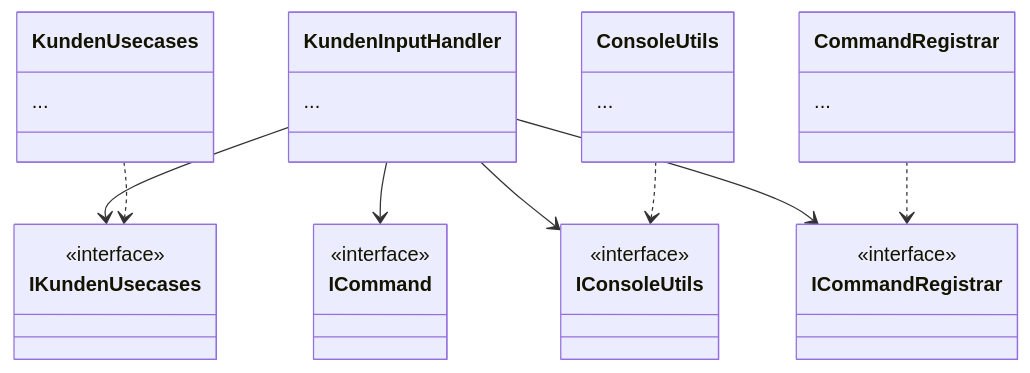
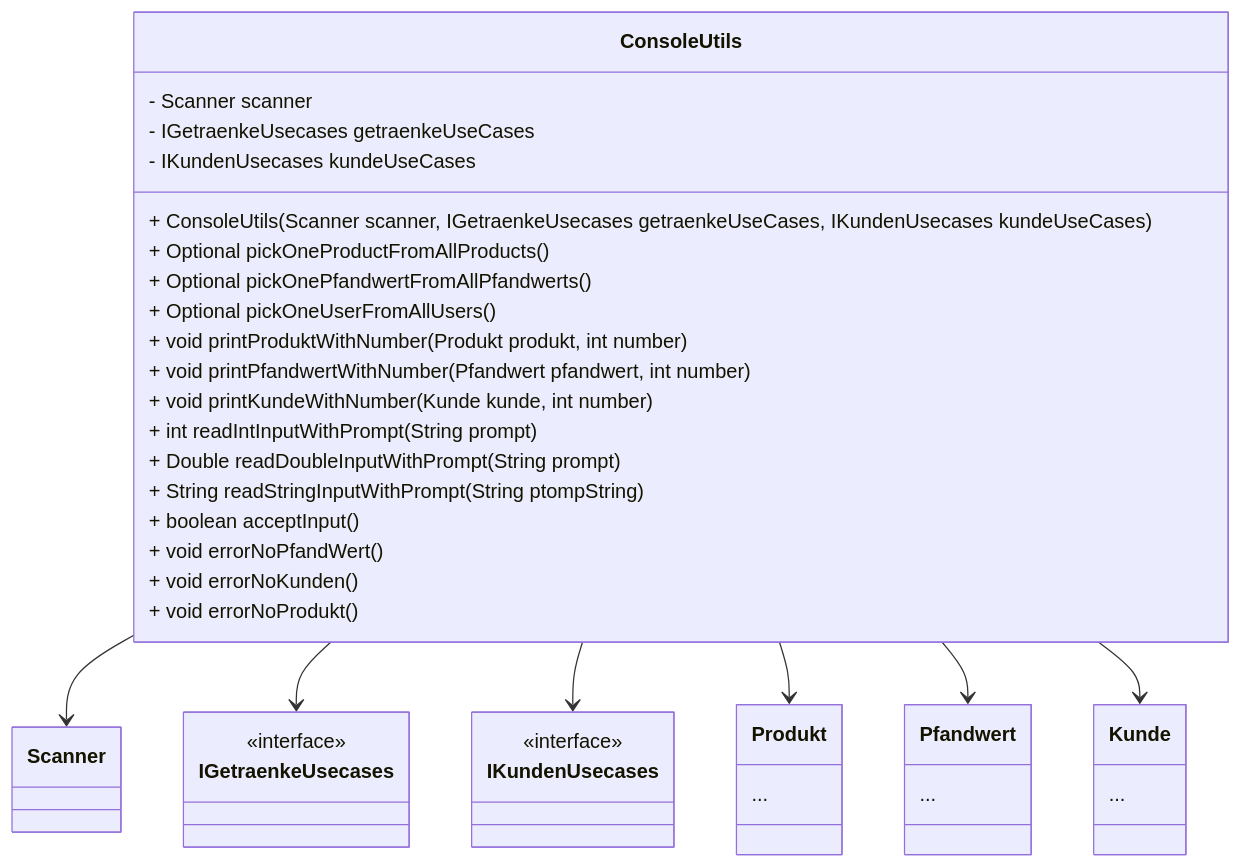
The fourth of 17 diagrams in README.md (Gamagu/ase_getraenke), drawn with Mermaid before and after one commit. The commit also changed other lines of this file, not shown here.

````diff
--- a/README.md
+++ b/README.md
@@ -233,26 +229,34 @@
-```mermaid 
+```mermaid
 	classDiagram 
+		class ConsoleUtils { 
+			- Scanner scanner 
+			- IGetraenkeUsecases getraenkeUseCases 
+			- IKundenUsecases kundeUseCases 
+			+ ConsoleUtils(Scanner scanner, IGetraenkeUsecases getraenkeUseCases, IKundenUsecases kundeUseCases) 
+			+ Optional<Produkt> pickOneProductFromAllProducts() 
+			+ Optional<Pfandwert> pickOnePfandwertFromAllPfandwerts() 
+			+ Optional<Kunde> pickOneUserFromAllUsers() 
+			+ void printProduktWithNumber(Produkt produkt, int number) 
+			+ void printPfandwertWithNumber(Pfandwert pfandwert, int number) 
+			+ void printKundeWithNumber(Kunde kunde, int number) 
+			+ int readIntInputWithPrompt(String prompt) 
+			+ Double readDoubleInputWithPrompt(String prompt) 
+			+ String readStringInputWithPrompt(String ptompString) 
+			+ boolean acceptInput() 
+			+ void errorNoPfandWert() 
+			+ void errorNoKunden() 
+			+ void errorNoProdukt() } 
+		class Produkt { ... } 
+		class Pfandwert { ... } 
+		class Kunde { ... } 
+		class IGetraenkeUsecases { <<interface>> } 
 		class IKundenUsecases { <<interface>> } 
-		class KundenUsecases { ... }
-		 
-		class IConsoleUtils { <<interface>> } 
-		class ConsoleUtils { ... } 
 		
-		class CommandRegistrar { ... } 
-		class ICommandRegistrar { <<interface>> } 
-		class ICommand { <<interface>> } 
-		
-		class KundenInputHandler { ... }
-		
-		
-		
-		KundenInputHandler --> ICommandRegistrar
-		KundenInputHandler --> IConsoleUtils
-		KundenInputHandler --> IKundenUsecases 
-		KundenInputHandler --> ICommand
-		
-		KundenUsecases ..> IKundenUsecases 
-		ConsoleUtils ..> IConsoleUtils 
-		CommandRegistrar ..> ICommandRegistrar
+		ConsoleUtils --> Scanner 
+		ConsoleUtils --> IGetraenkeUsecases 
+		ConsoleUtils --> IKundenUsecases 
+		ConsoleUtils --> Produkt 
+		ConsoleUtils --> Pfandwert 
+		ConsoleUtils --> Kunde
 
 ```
````
